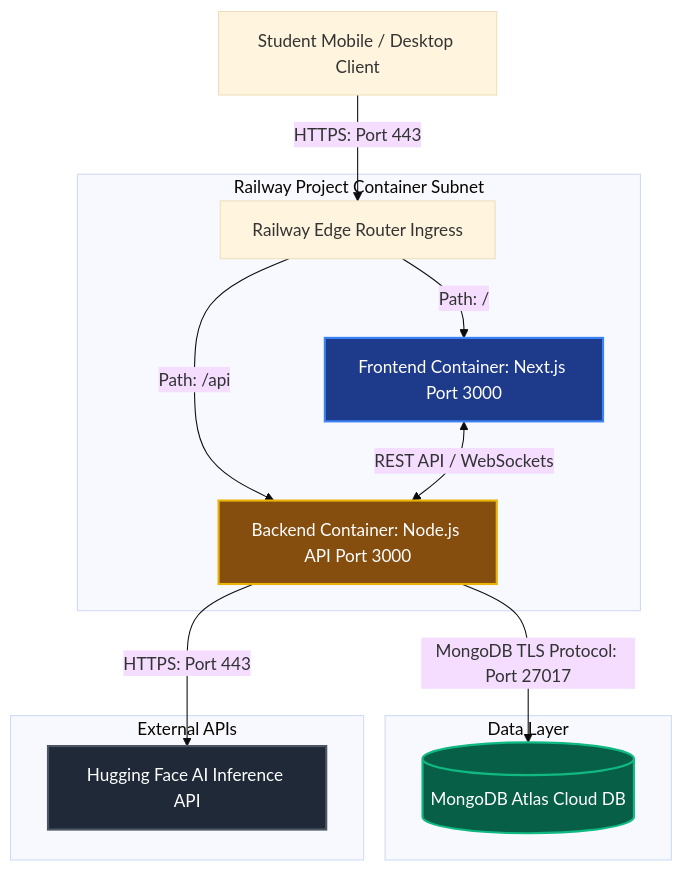
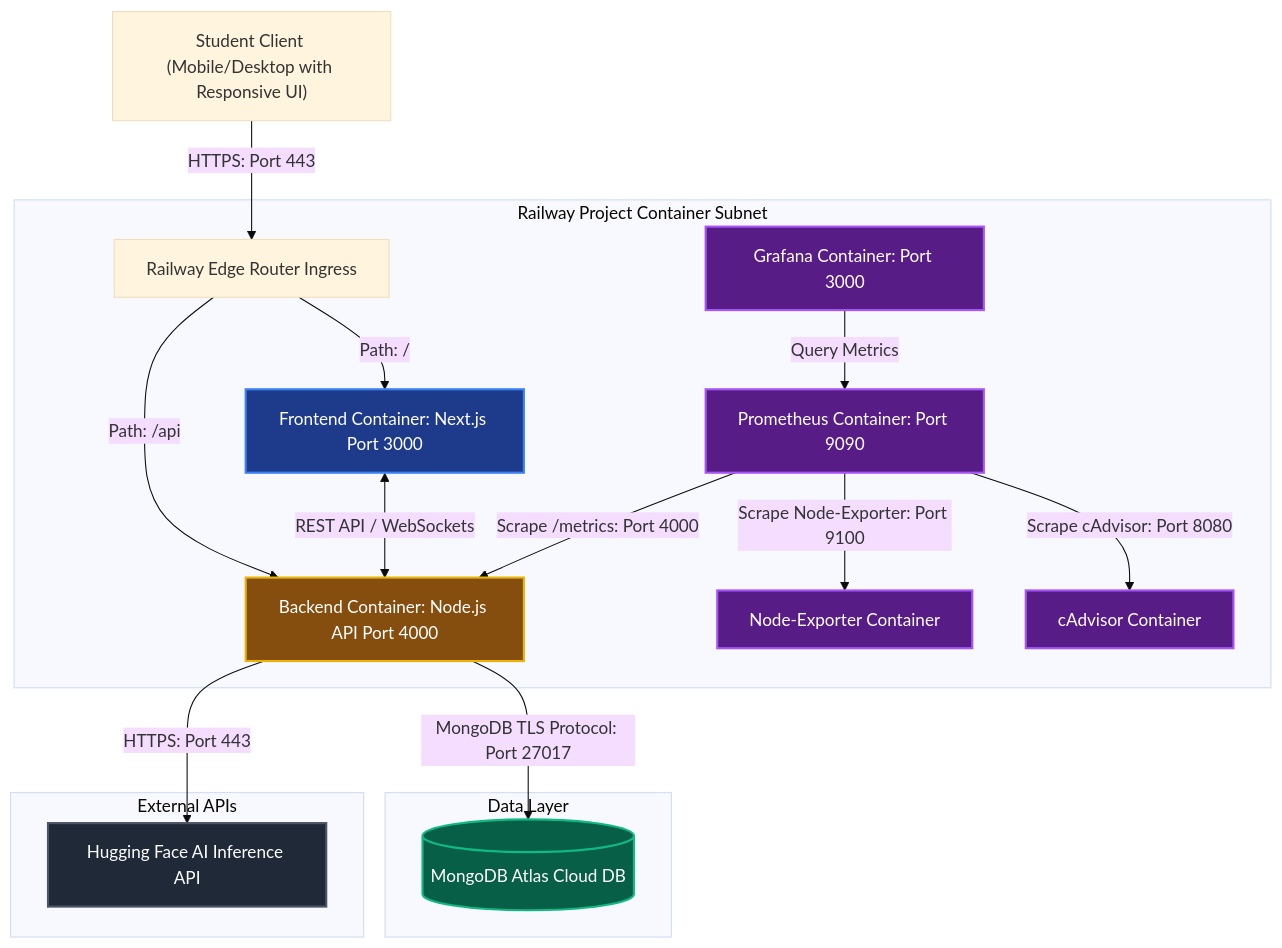
One commit to ShakiraCasusi/Brainbytes-AITutoring-Platform changed the first of 5 diagrams in README.md. Above: the diagram before and after it, drawn with Mermaid (base theme). The commit also changed other lines of this file, not shown here.

Commit message:
docs: rewrite README to include architecture, monitoring stack, and updated project documentation

````diff
--- a/README.md
+++ b/README.md
@@ -43,36 +59,45 @@
 ```mermaid
 graph TD
-    %% Users
-    Student["Student Mobile / Desktop Client"] -->|HTTPS: Port 443| Edge["Railway Edge Router Ingress"]
+    %% Clients
+    Student["Student Client (Mobile/Desktop with Responsive UI)"] -->|HTTPS: Port 443| Edge["Railway Edge Router Ingress"]
     
     subgraph Railway_VPC ["Railway Project Container Subnet"]
         %% Frontend Service
         Edge -->|Path: /| FE["Frontend Container: Next.js Port 3000"]
         
         %% Backend Service
-        Edge -->|Path: /api| BE["Backend Container: Node.js API Port 3000"]
+        Edge -->|Path: /api| BE["Backend Container: Node.js API Port 4000"]
         
         %% Internal Comm
         FE <-->|REST API / WebSockets| BE
+        
+        %% Monitoring Stack
+        Prom["Prometheus Container: Port 9090"] -->|Scrape /metrics: Port 4000| BE
+        Prom -->|Scrape Node-Exporter: Port 9100| NE["Node-Exporter Container"]
+        Prom -->|Scrape cAdvisor: Port 8080| CAD["cAdvisor Container"]
+        
+        Graf["Grafana Container: Port 3000"] -->|Query Metrics| Prom
     end
 
     %% External Systems
     subgraph Data_Layer ["Data Layer"]
         BE -->|MongoDB TLS Protocol: Port 27017| DB[("MongoDB Atlas Cloud DB")]
     end
 
     subgraph External_APIs ["External APIs"]
         BE -->|HTTPS: Port 443| HF["Hugging Face AI Inference API"]
     end
 
     %% Styling
     classDef frontend fill:#1e3a8a,stroke:#3b82f6,stroke-width:2px,color:#fff;
     classDef backend fill:#854d0e,stroke:#eab308,stroke-width:2px,color:#fff;
     classDef database fill:#065f46,stroke:#10b981,stroke-width:2px,color:#fff;
     classDef external fill:#1f2937,stroke:#4b5563,stroke-width:2px,color:#fff;
+    classDef monitoring fill:#581c87,stroke:#a855f7,stroke-width:2px,color:#fff;
 
     class FE frontend;
     class BE backend;
     class DB database;
     class HF external;
+    class Prom,Graf,NE,CAD monitoring;
 ```
````
